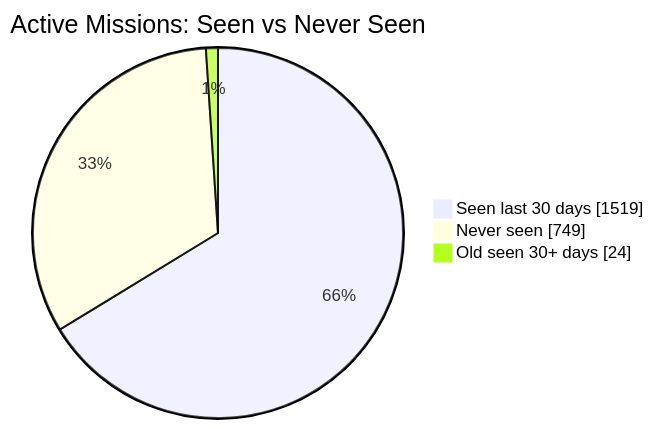
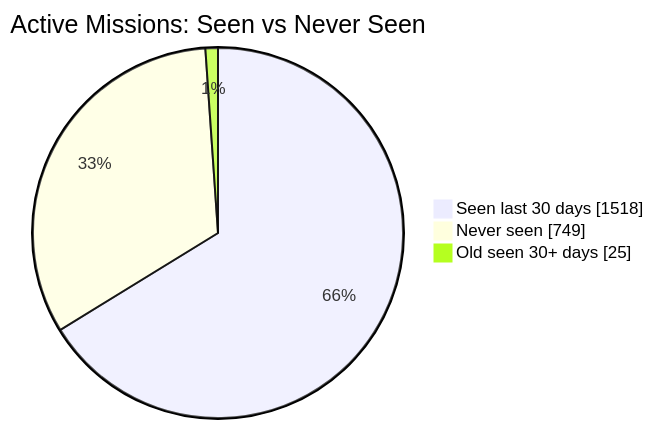
The first of 2 diagrams in README.md (MeldkamerspelGameTeam/active-missions), drawn with Mermaid before and after one commit. The commit also changed other lines of this file and 3 other files, not shown here.

````diff
--- a/README.md
+++ b/README.md
@@ -34,7 +34,7 @@
 ```mermaid
 pie showData
     title Active Missions: Seen vs Never Seen
-    "Seen last 30 days" : 1519
+    "Seen last 30 days" : 1518
     "Never seen" : 749
-    "Old seen 30+ days" : 24
+    "Old seen 30+ days" : 25
 ```
````
